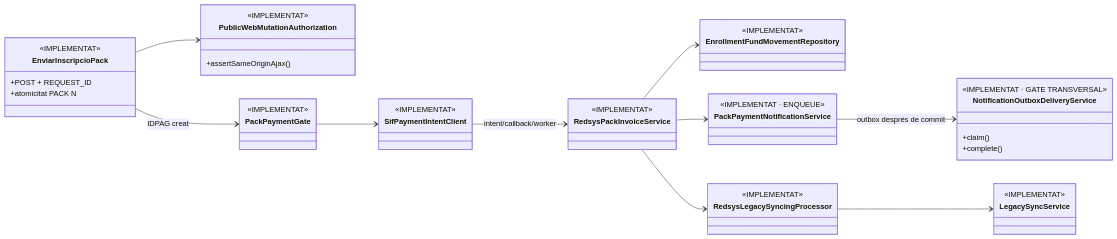
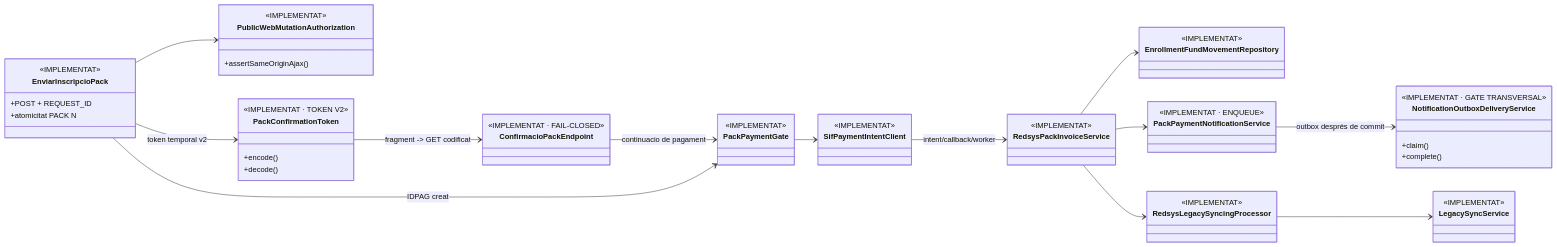
One commit to orgmeriemprismacat-del/verifactu changed the third of 3 diagrams in documentacio/07-uml-integrat/uc-015-classes-actual-final.md. Above: the diagram before and after it, drawn with Mermaid. The commit also changed other lines of this file, not shown here.

Commit message:
docs(UC-015): incorporar classes de confirmacio PACK

````diff
--- a/documentacio/07-uml-integrat/uc-015-classes-actual-final.md
+++ b/documentacio/07-uml-integrat/uc-015-classes-actual-final.md
@@ -157,49 +176,60 @@
 ```mermaid
 classDiagram
 direction LR
 class PublicWebMutationAuthorization {
   <<IMPLEMENTAT>>
   +assertSameOriginAjax()
 }
 class EnviarInscripcioPack {
   <<IMPLEMENTAT>>
   +POST + REQUEST_ID
   +atomicitat PACK N
 }
 class PackPaymentGate {
   <<IMPLEMENTAT>>
 }
 class SifPaymentIntentClient {
   <<IMPLEMENTAT>>
 }
 class RedsysPackInvoiceService {
   <<IMPLEMENTAT>>
 }
 class EnrollmentFundMovementRepository {
   <<IMPLEMENTAT>>
 }
 class PackPaymentNotificationService {
   <<IMPLEMENTAT · ENQUEUE>>
 }
+class PackConfirmationToken {
+  <<IMPLEMENTAT · TOKEN V2>>
+  +encode()
+  +decode()
+}
+class ConfirmacioPackEndpoint {
+  <<IMPLEMENTAT · FAIL-CLOSED>>
+}
 class NotificationOutboxDeliveryService {
   <<IMPLEMENTAT · GATE TRANSVERSAL>>
   +claim()
   +complete()
 }
 class RedsysLegacySyncingProcessor {
   <<IMPLEMENTAT>>
 }
 class LegacySyncService {
   <<IMPLEMENTAT>>
 }
 
 EnviarInscripcioPack --> PublicWebMutationAuthorization
+EnviarInscripcioPack --> PackConfirmationToken : token temporal v2
+PackConfirmationToken --> ConfirmacioPackEndpoint : fragment -> GET codificat
+ConfirmacioPackEndpoint --> PackPaymentGate : continuacio de pagament
 EnviarInscripcioPack --> PackPaymentGate : IDPAG creat
 PackPaymentGate --> SifPaymentIntentClient
 SifPaymentIntentClient --> RedsysPackInvoiceService : intent/callback/worker
 RedsysPackInvoiceService --> EnrollmentFundMovementRepository
 RedsysPackInvoiceService --> PackPaymentNotificationService
 PackPaymentNotificationService --> NotificationOutboxDeliveryService : outbox després de commit
 RedsysPackInvoiceService --> RedsysLegacySyncingProcessor
 RedsysLegacySyncingProcessor --> LegacySyncService
 ```
````
